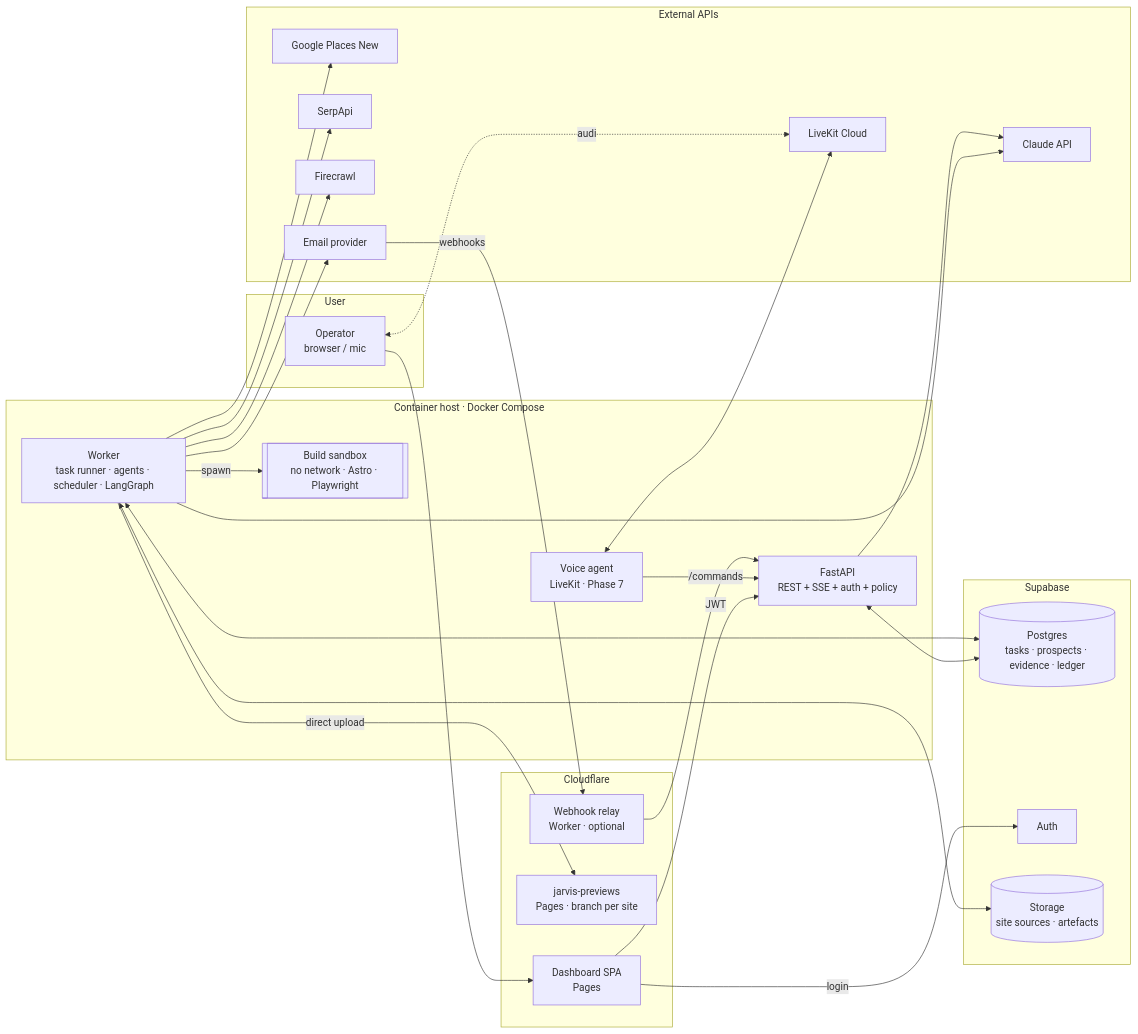
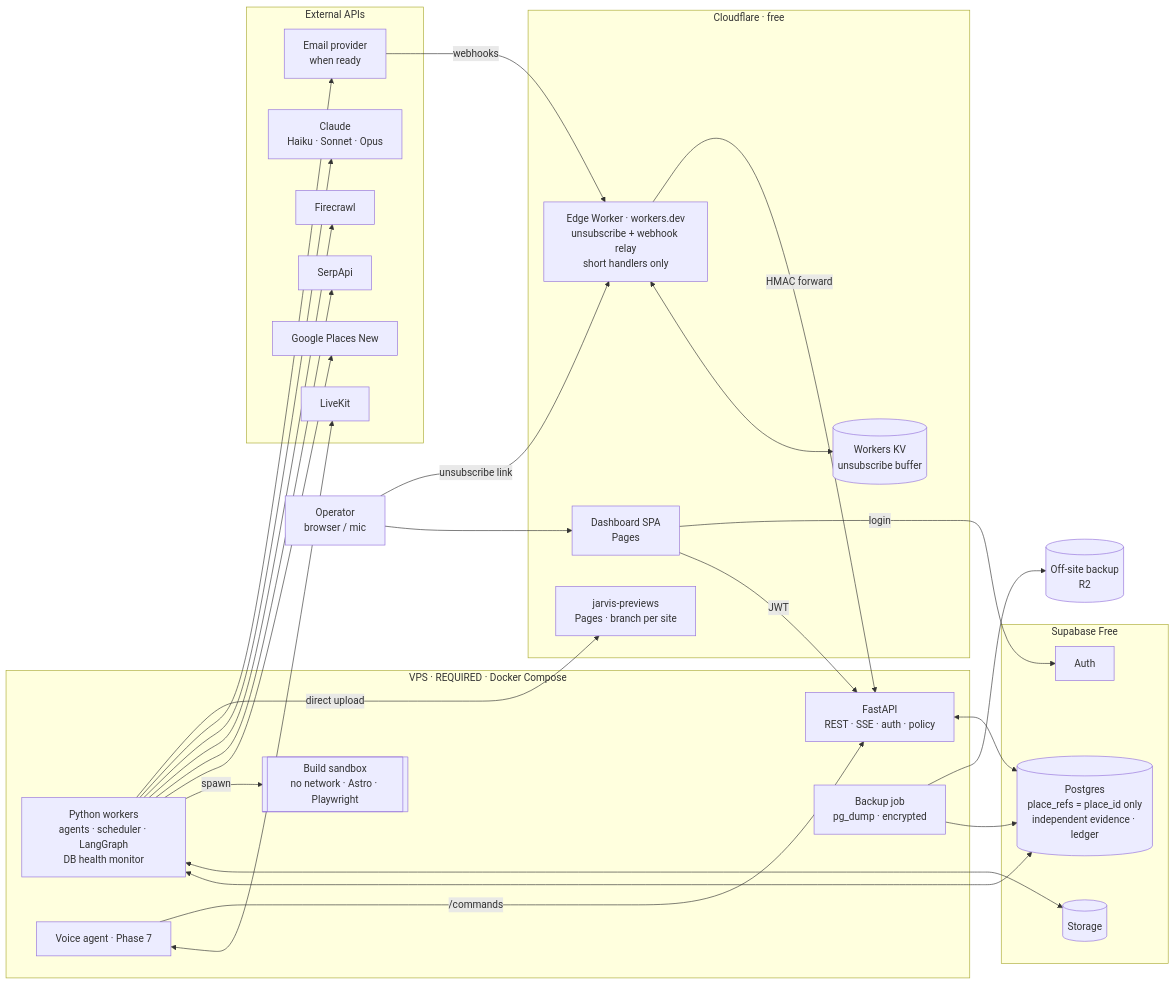
The first of 5 diagrams in docs/SYSTEM_DIAGRAM.md (Hammadthepro/Jarvis-AI-Agency-Agent), drawn with Mermaid before and after one commit. The commit also changed other lines of this file and 8 other files, not shown here.

First line of the commit message:
Revise architecture documents (revision 2)

````diff
--- a/docs/SYSTEM_DIAGRAM.md
+++ b/docs/SYSTEM_DIAGRAM.md
@@ -7,49 +12,58 @@
 ```mermaid
 flowchart LR
-  subgraph User
-    U[Operator<br/>browser / mic]
+  U[Operator<br/>browser / mic]
+
+  subgraph CF[Cloudflare · free]
+    D[Dashboard SPA<br/>Pages]
+    P[jarvis-previews<br/>Pages · branch per site]
+    E[Edge Worker · workers.dev<br/>unsubscribe + webhook relay<br/>short handlers only]
+    KV[(Workers KV<br/>unsubscribe buffer)]
   end
 
-  subgraph CF[Cloudflare]
-    D[Dashboard SPA<br/>Pages]
-    P[jarvis-previews<br/>Pages · branch per site]
-    R[Webhook relay<br/>Worker · optional]
+  subgraph VPS[VPS · REQUIRED · Docker Compose]
+    API[FastAPI<br/>REST · SSE · auth · policy]
+    W[Python workers<br/>agents · scheduler · LangGraph<br/>DB health monitor]
+    SB[[Build sandbox<br/>no network · Astro · Playwright]]
+    BK[Backup job<br/>pg_dump · encrypted]
+    V[Voice agent · Phase 7]
   end
 
-  subgraph Host[Container host · Docker Compose]
-    API[FastAPI<br/>REST + SSE + auth + policy]
-    W[Worker<br/>task runner · agents · scheduler · LangGraph]
-    SB[[Build sandbox<br/>no network · Astro · Playwright]]
-    V[Voice agent<br/>LiveKit · Phase 7]
-  end
-
-  subgraph SUPA[Supabase]
-    DB[(Postgres<br/>tasks · prospects · evidence · ledger)]
+  subgraph SUPA[Supabase Free]
+    DB[(Postgres<br/>place_refs = place_id only<br/>independent evidence · ledger)]
     AU[Auth]
-    ST[(Storage<br/>site sources · artefacts)]
+    ST[(Storage)]
   end
 
   subgraph EXT[External APIs]
     GP[Google Places New]
     SE[SerpApi]
     FC[Firecrawl]
-    CL[Claude API]
-    LK[LiveKit Cloud]
-    EM[Email provider]
+    CL[Claude<br/>Haiku · Sonnet · Opus]
+    LK[LiveKit]
+    EM[Email provider<br/>when ready]
   end
 
+  R2[(Off-site backup<br/>R2)]
+
   U --> D
-  U <-.audio.-> LK
   D -- JWT --> API
   D -- login --> AU
   API <--> DB
   W <--> DB
   W <--> ST
   W -- spawn --> SB
-  W --> GP & SE & FC & CL & EM
+  W --> GP
+  W --> SE
+  W --> FC
+  W --> CL
+  W --> EM
   W -- direct upload --> P
-  API --> CL
+  BK --> DB
+  BK --> R2
+  EM -- webhooks --> E
+  U -- unsubscribe link --> E
+  E <--> KV
+  E -- HMAC forward --> API
   V <--> LK
   V -- /commands --> API
-  EM -- webhooks --> R --> API
 ```
````
